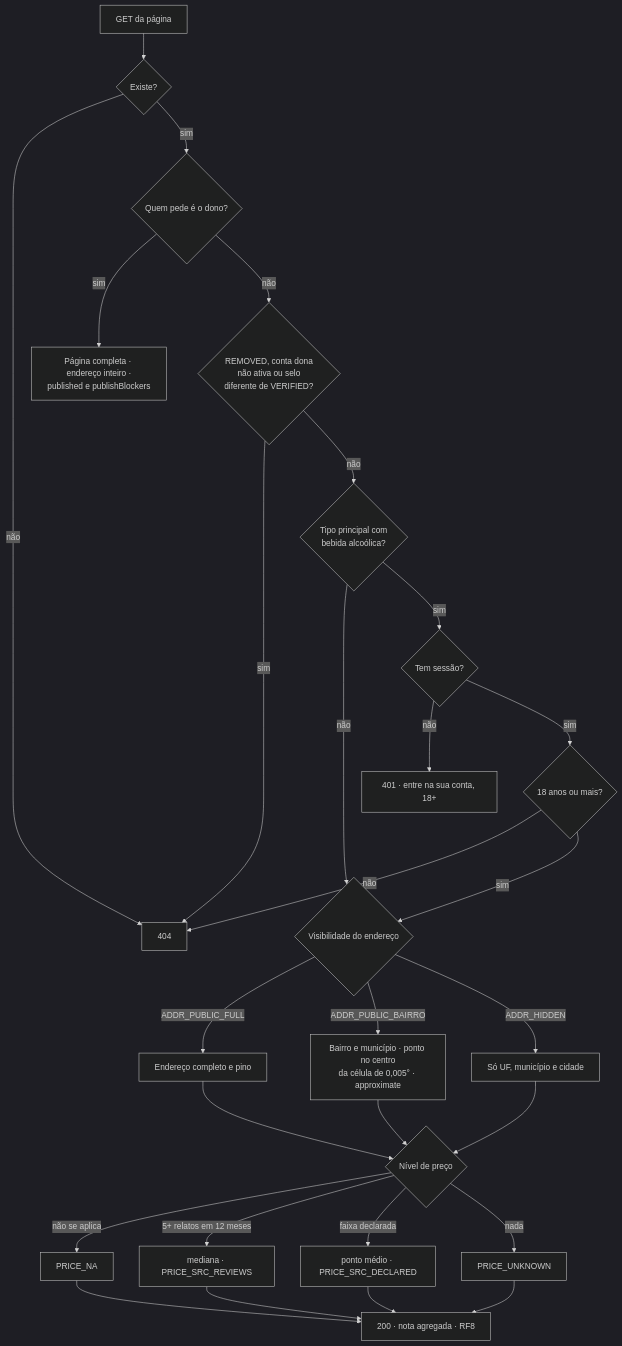
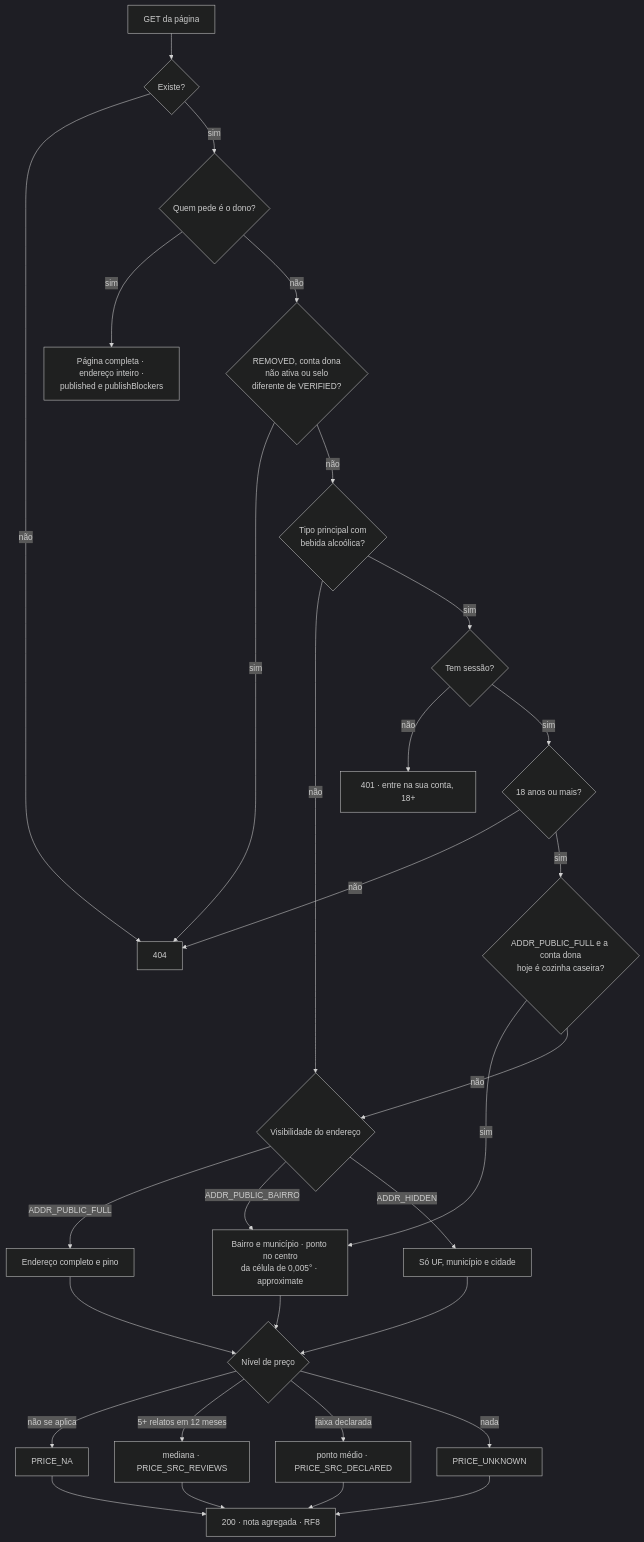
The second of 2 diagrams in docs/RF6/atividades.md (MatheusHaliski/Friendly-Eats), drawn with Mermaid (dark theme) before and after one commit. The commit also changed 5 other files, not shown here.

First line of the commit message:
RF6: um único ponto com CPF mesmo em cadastros simultâneos; cozinha caseira pela conta atual

````diff
--- a/docs/RF6/atividades.md
+++ b/docs/RF6/atividades.md
@@ -34,25 +34,27 @@
 ```mermaid
 flowchart TD
     G[GET da página] --> X{Existe?}
     X -- não --> N404[404]
     X -- sim --> O{Quem pede é o dono?}
     O -- sim --> FULL[Página completa · endereço inteiro ·<br/>published e publishBlockers]
     O -- não --> B{REMOVED, conta dona<br/>não ativa ou selo<br/>diferente de VERIFIED?}
     B -- sim --> N404
     B -- não --> AL{Tipo principal com<br/>bebida alcoólica?}
     AL -- não --> V
     AL -- sim --> LG{Tem sessão?}
     LG -- não --> N401[401 · entre na sua conta, 18+]
     LG -- sim --> AD{18 anos ou mais?}
     AD -- não --> N404
-    AD -- sim --> V{Visibilidade do endereço}
+    AD -- sim --> CC{ADDR_PUBLIC_FULL e a conta dona<br/>hoje é cozinha caseira?}
+    CC -- sim --> P2
+    CC -- não --> V{Visibilidade do endereço}
     V -- ADDR_PUBLIC_FULL --> P1[Endereço completo e pino]
     V -- ADDR_PUBLIC_BAIRRO --> P2[Bairro e município · ponto no centro<br/>da célula de 0,005° · approximate]
     V -- ADDR_HIDDEN --> P3[Só UF, município e cidade]
     P1 & P2 & P3 --> PRICE{Nível de preço}
     PRICE -- não se aplica --> NA[PRICE_NA]
     PRICE -- "5+ relatos em 12 meses" --> MED[mediana · PRICE_SRC_REVIEWS]
     PRICE -- faixa declarada --> DEC[ponto médio · PRICE_SRC_DECLARED]
     PRICE -- nada --> UNK[PRICE_UNKNOWN]
     NA & MED & DEC & UNK --> OK[200 · nota agregada · RF8]
 ```
````
